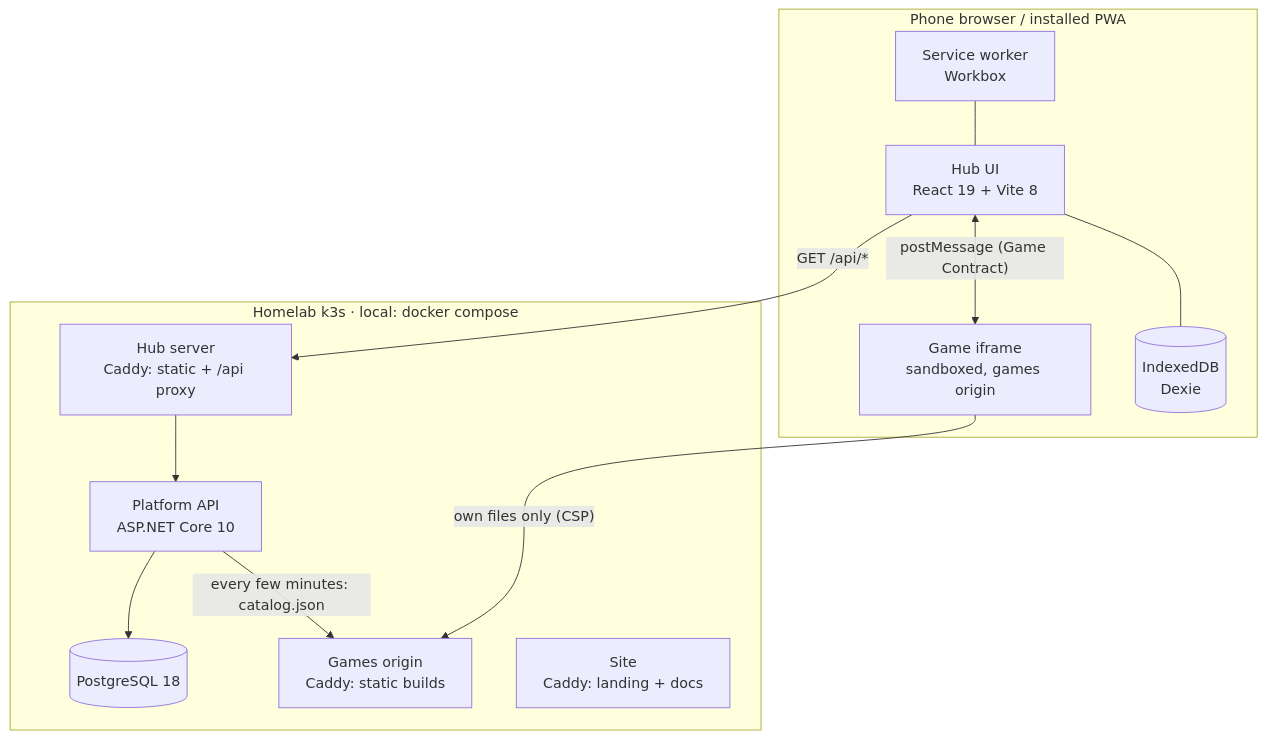
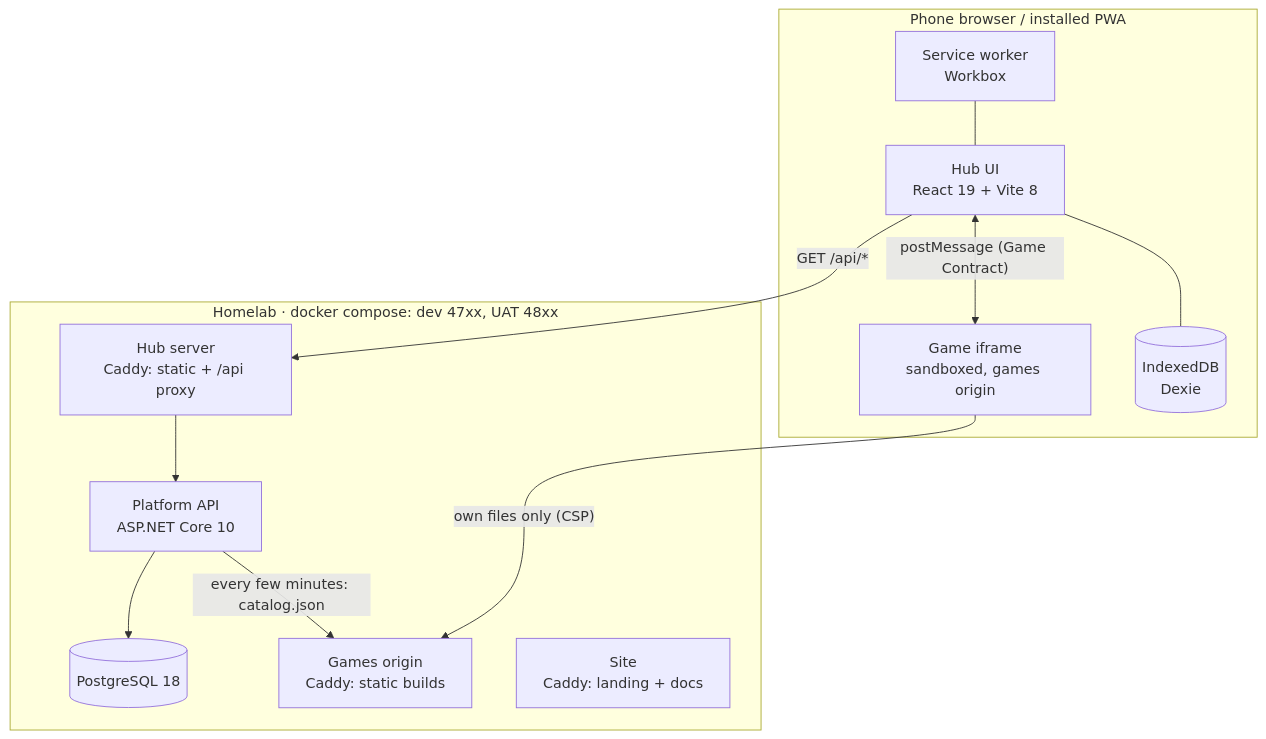
Before and after one commit to vinh466/tohe-play: the diagram in docs/architecture/overview.md, drawn with Mermaid. The commit also changed other lines of this file and 12 other files, not shown here.

First line of the commit message:
feat(deploy): UAT environment on the homelab (10.100.0.2)

````diff
--- a/docs/architecture/overview.md
+++ b/docs/architecture/overview.md
@@ -10,24 +10,24 @@
 ```mermaid
 flowchart TB
   subgraph phone [Phone browser / installed PWA]
     hubui[Hub UI<br/>React 19 + Vite 8]
     sw[Service worker<br/>Workbox]
     idb[(IndexedDB<br/>Dexie)]
     frame[Game iframe<br/>sandboxed, games origin]
   end
 
-  subgraph server [Homelab k3s · local: docker compose]
+  subgraph server [Homelab · docker compose: dev 47xx, UAT 48xx]
     hubsrv[Hub server<br/>Caddy: static + /api proxy]
     api[Platform API<br/>ASP.NET Core 10]
     db[(PostgreSQL 18)]
     gamessrv[Games origin<br/>Caddy: static builds]
     site[Site<br/>Caddy: landing + docs]
   end
 
   hubui -- "GET /api/*" --> hubsrv --> api --> db
   hubui <-- "postMessage (Game Contract)" --> frame
   frame -- "own files only (CSP)" --> gamessrv
   api -- "every few minutes: catalog.json" --> gamessrv
   hubui --- idb
   sw --- hubui
 ```
````
